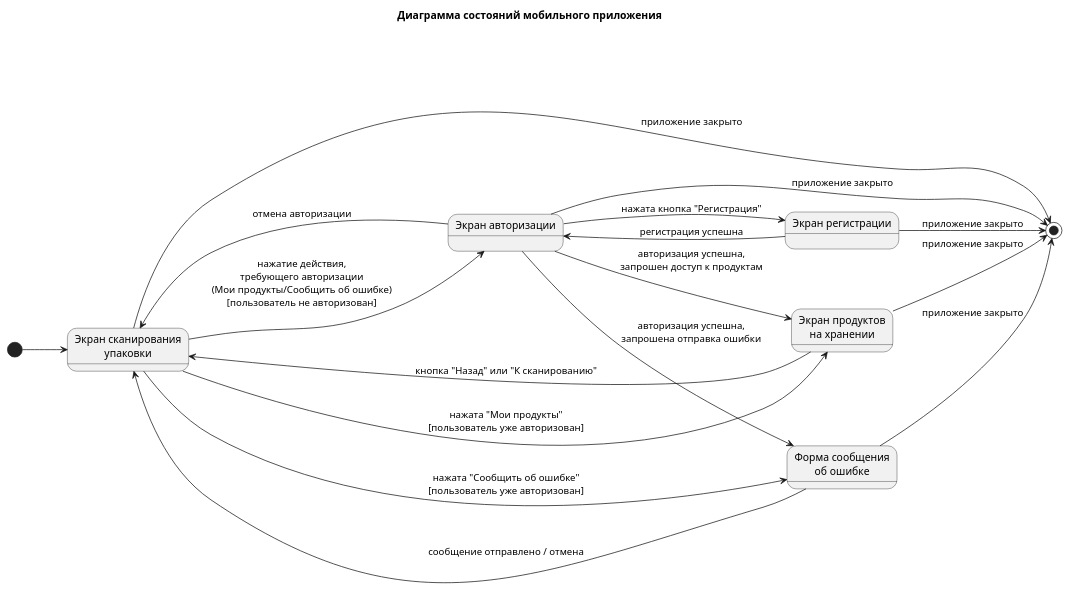
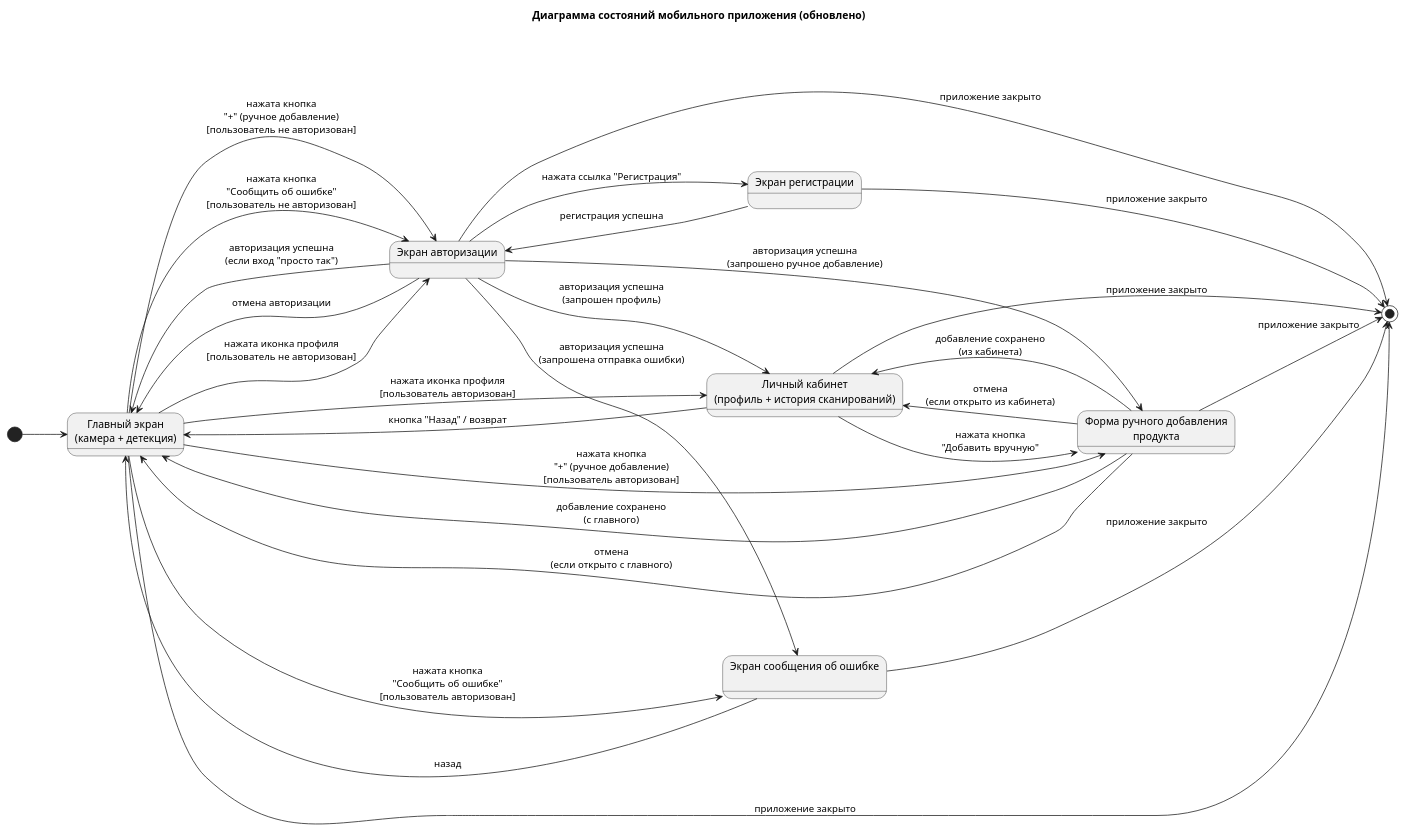
The diagram in PlantUML/state-mobile.puml (timourka/diplom), drawn with PlantUML before and after one commit. The commit also changed 1 other file, not shown here.

Commit message:
диаграмма форм

```diff
--- a/PlantUML/state-mobile.puml
+++ b/PlantUML/state-mobile.puml
@@ -1,39 +1,56 @@
 @startuml
 left to right direction
-title Диаграмма состояний мобильного приложения
+title Диаграмма состояний мобильного приложения (обновлено)
 
-[*] --> Scan
+[*] --> Main
 
-state "Экран сканирования\nупаковки" as Scan
+state "Главный экран\n(камера + детекция)" as Main
 state "Экран авторизации" as Login
 state "Экран регистрации" as Register
-state "Экран продуктов\nна хранении" as Storage
-state "Форма сообщения\nоб ошибке" as ErrorForm
+state "Личный кабинет\n(профиль + история сканирований)" as Cabinet
+state "Форма ручного добавления\nпродукта" as ManualAdd
+state "Экран сообщения об ошибке\n" as ErrorStub
 
-' --- Переходы из сканирования ---
-Scan --> Storage   : нажата "Мои продукты"\n[пользователь уже авторизован]
-Scan --> ErrorForm : нажата "Сообщить об ошибке"\n[пользователь уже авторизован]
+' --- Переходы с главного экрана ---
+Main --> Cabinet   : нажата иконка профиля\n[пользователь авторизован]
+Main --> Login     : нажата иконка профиля\n[пользователь не авторизован]
 
-Scan --> Login     : нажатие действия,\nтребующего авторизации\n(Мои продукты/Сообщить об ошибке)\n[пользователь не авторизован]
-Scan --> [*]       : приложение закрыто
+Main --> ManualAdd : нажата кнопка\n"+" (ручное добавление)\n[пользователь авторизован]
+Main --> Login     : нажата кнопка\n"+" (ручное добавление)\n[пользователь не авторизован]
+
+Main --> ErrorStub : нажата кнопка\n"Сообщить об ошибке"\n[пользователь авторизован]
+Main --> Login     : нажата кнопка\n"Сообщить об ошибке"\n[пользователь не авторизован]
+
+Main --> [*]       : приложение закрыто
 
 ' --- Авторизация и регистрация ---
-Login --> Register : нажата кнопка "Регистрация"
+Login --> Register : нажата ссылка "Регистрация"
 Register --> Login : регистрация успешна
 
 ' после успешной авторизации возвращаемся
-' к запрошенному действию (упрощённо показываем два варианта)
-Login --> Storage   : авторизация успешна,\nзапрошен доступ к продуктам
-Login --> ErrorForm : авторизация успешна,\nзапрошена отправка ошибки
-Login --> Scan      : отмена авторизации
-Login --> [*]       : приложение закрыто
-Register --> [*]    : приложение закрыто
+' к запрошенному действию (упрощённо)
+Login --> Main     : авторизация успешна\n(если вход "просто так")
+Login --> Cabinet  : авторизация успешна\n(запрошен профиль)
+Login --> ManualAdd: авторизация успешна\n(запрошено ручное добавление)
+Login --> ErrorStub: авторизация успешна\n(запрошена отправка ошибки)
+Login --> Main     : отмена авторизации
+Login --> [*]      : приложение закрыто
+Register --> [*]   : приложение закрыто
 
-' --- После защищённых экранов ---
-Storage --> Scan    : кнопка "Назад" или "К сканированию"
-Storage --> [*]     : приложение закрыто
+' --- Личный кабинет ---
+Cabinet --> ManualAdd : нажата кнопка\n"Добавить вручную"
+Cabinet --> Main      : кнопка "Назад" / возврат
+Cabinet --> [*]       : приложение закрыто
 
-ErrorForm --> Scan  : сообщение отправлено / отмена
-ErrorForm --> [*]   : приложение закрыто
+' --- Ручное добавление ---
+ManualAdd --> Cabinet : добавление сохранено\n(из кабинета)
+ManualAdd --> Main    : добавление сохранено\n(с главного)
+ManualAdd --> Cabinet : отмена\n(если открыто из кабинета)
+ManualAdd --> Main    : отмена\n(если открыто с главного)
+ManualAdd --> [*]     : приложение закрыто
+
+' --- Сообщение об ошибке (пока заглушка) ---
+ErrorStub --> Main  : назад
+ErrorStub --> [*]   : приложение закрыто
 
 @enduml
```
